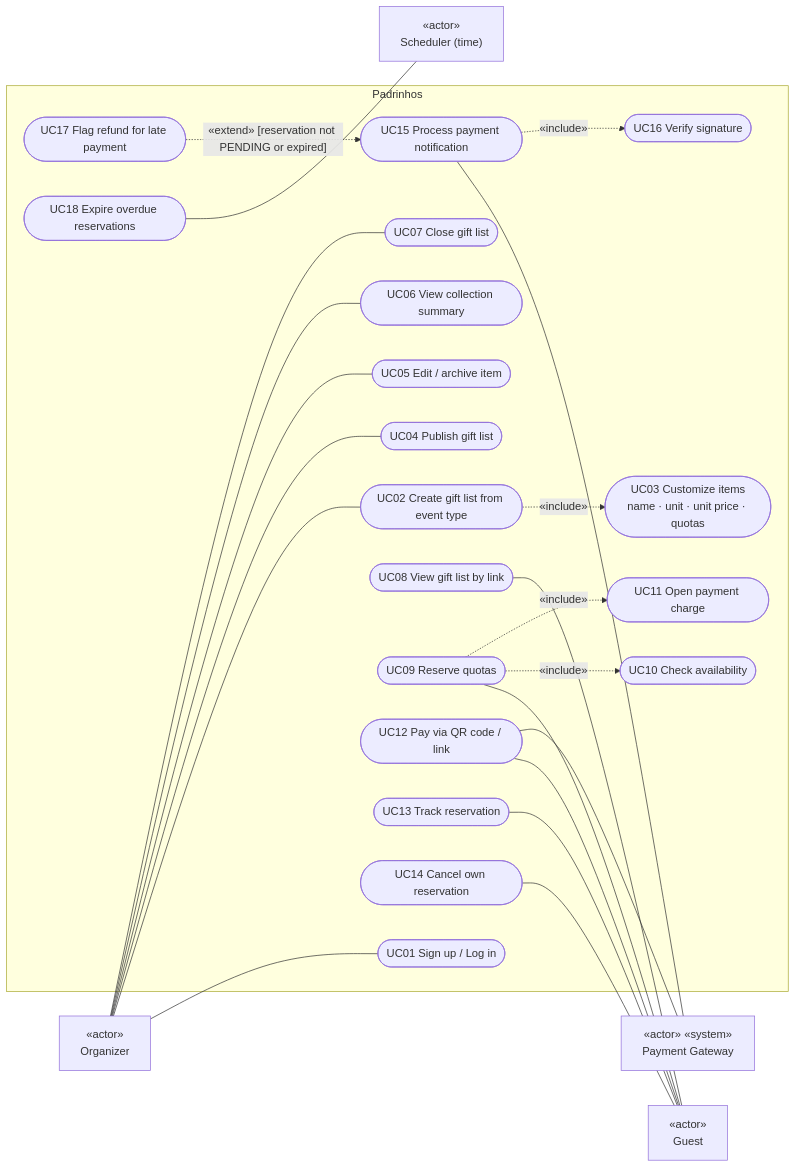
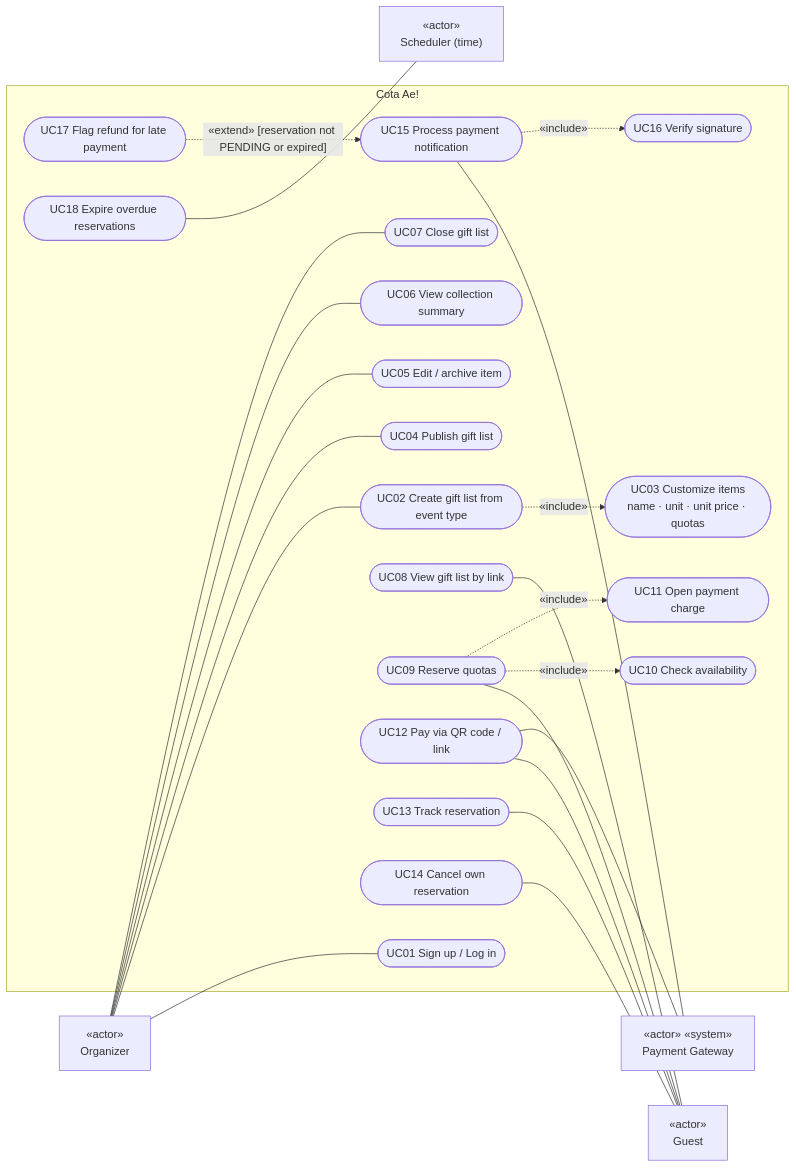
Before and after one commit to mpdrao/cotai: the second of 9 diagrams in docs/design/design-spec.md, drawn with Mermaid. The commit also changed other lines of this file and 43 other files, not shown here.

````diff
--- a/docs/design/design-spec.md
+++ b/docs/design/design-spec.md
@@ -134,49 +159,49 @@
 ```mermaid
 flowchart LR
   ORG["«actor»<br/>Organizer"]
   GUEST["«actor»<br/>Guest"]
   GW["«actor» «system»<br/>Payment Gateway"]
   TIME["«actor»<br/>Scheduler (time)"]
 
-  subgraph SYS["Padrinhos"]
+  subgraph SYS["Cota Ae!"]
     UC01(["UC01 Sign up / Log in"])
     UC02(["UC02 Create gift list from event type"])
     UC03(["UC03 Customize items<br/>name · unit · unit price · quotas"])
     UC04(["UC04 Publish gift list"])
     UC05(["UC05 Edit / archive item"])
     UC06(["UC06 View collection summary"])
     UC07(["UC07 Close gift list"])
     UC08(["UC08 View gift list by link"])
     UC09(["UC09 Reserve quotas"])
     UC10(["UC10 Check availability"])
     UC11(["UC11 Open payment charge"])
     UC12(["UC12 Pay via QR code / link"])
     UC13(["UC13 Track reservation"])
     UC14(["UC14 Cancel own reservation"])
     UC15(["UC15 Process payment notification"])
     UC16(["UC16 Verify signature"])
     UC17(["UC17 Flag refund for late payment"])
     UC18(["UC18 Expire overdue reservations"])
   end
 
   ORG --- UC01
   ORG --- UC02
   ORG --- UC04
   ORG --- UC05
   ORG --- UC06
   ORG --- UC07
   UC08 --- GUEST
   UC09 --- GUEST
   UC12 --- GUEST
   UC13 --- GUEST
   UC14 --- GUEST
   UC12 --- GW
   UC15 --- GW
   UC18 --- TIME
 
   UC02 -. "«include»" .-> UC03
   UC09 -. "«include»" .-> UC10
   UC09 -. "«include»" .-> UC11
   UC15 -. "«include»" .-> UC16
   UC17 -. "«extend» [reservation not PENDING or expired]" .-> UC15
 ```
````
